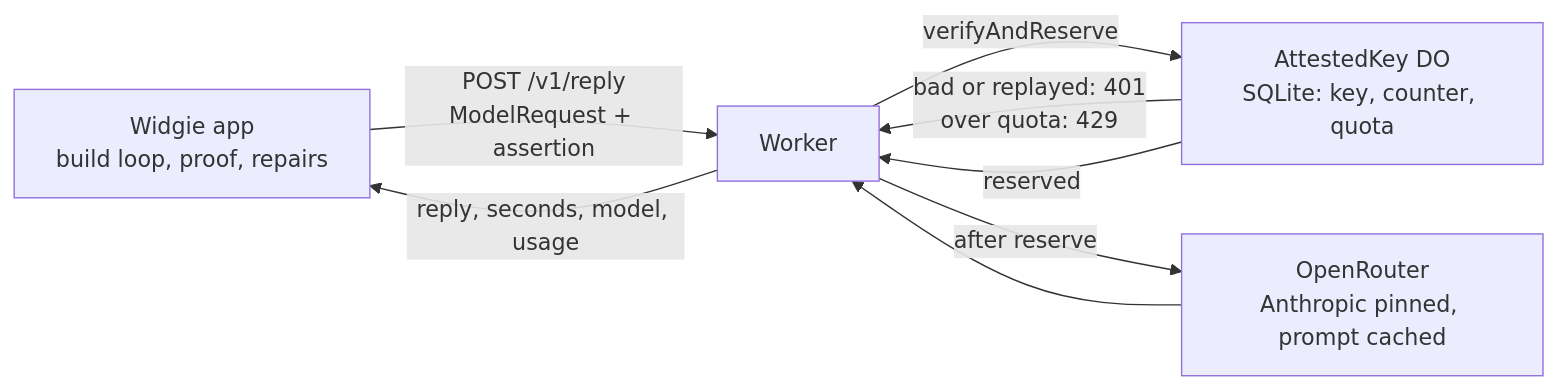
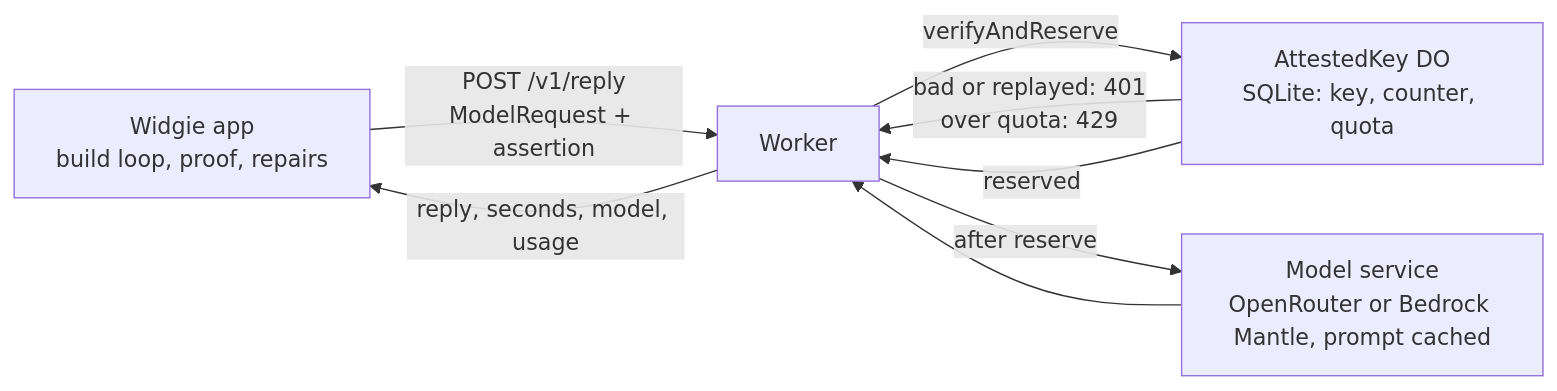
The diagram in tasks/phase-2b-backend.md (Krutik460/Widgie), drawn with Mermaid before and after one commit. The commit also changed other lines of this file and 2 other files, not shown here.

````diff
--- a/tasks/phase-2b-backend.md
+++ b/tasks/phase-2b-backend.md
@@ -29,9 +29,9 @@
 ```mermaid
 flowchart LR
   App[Widgie app<br/>build loop, proof, repairs] -->|POST /v1/reply<br/>ModelRequest + assertion| W[Worker]
   W -->|verifyAndReserve| K[AttestedKey DO<br/>SQLite: key, counter, quota]
   K -->|bad or replayed: 401<br/>over quota: 429| W
   K -->|reserved| W
-  W -->|after reserve| OR[OpenRouter<br/>Anthropic pinned, prompt cached]
+  W -->|after reserve| OR[Model service<br/>OpenRouter or Bedrock Mantle, prompt cached]
   OR --> W -->|reply, seconds, model, usage| App
 ```
````
